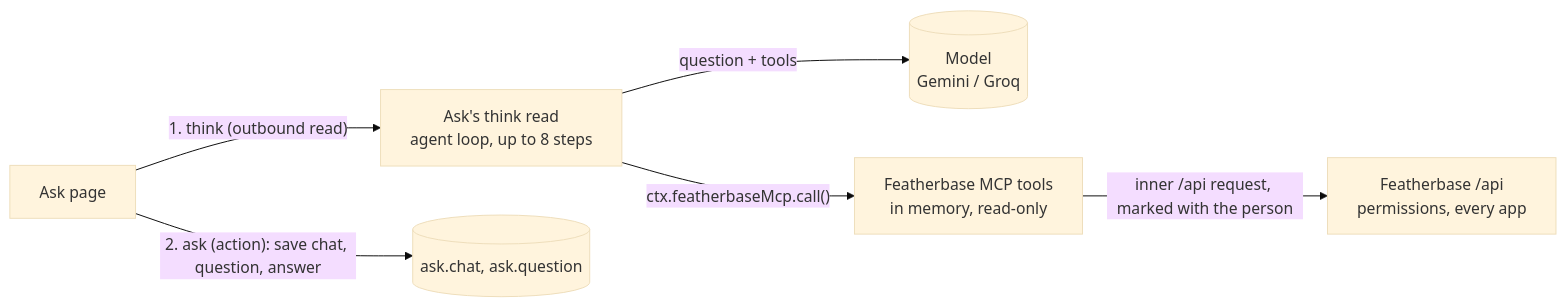
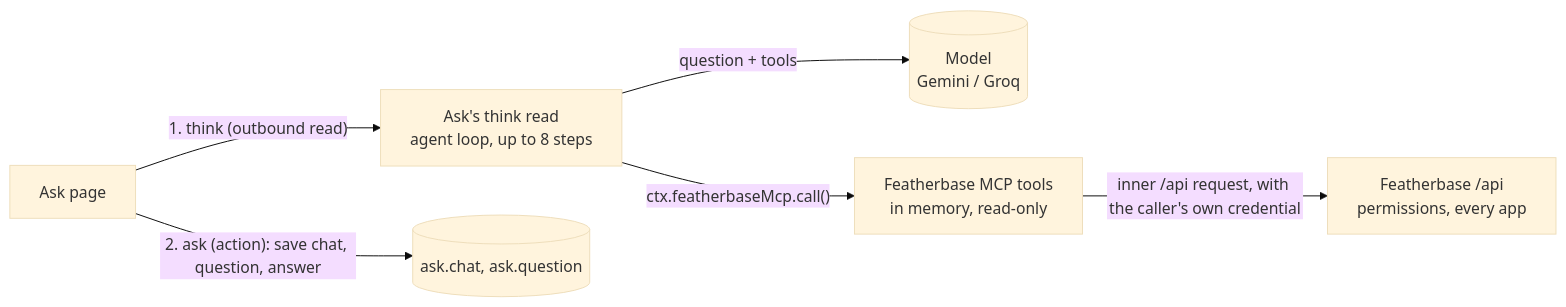
Before and after one commit to siraj-samsudeen/featherbase: the diagram in openspec/changes/feather-ask-agent/design.md, drawn with Mermaid (base theme). The commit also changed other lines of this file and 4 other files, not shown here.

First line of the commit message:
[#1377] OpenSpec feather-ask-agent: the caller's own credential (ADR 0028); View as left for later

````diff
--- a/openspec/changes/feather-ask-agent/design.md
+++ b/openspec/changes/feather-ask-agent/design.md
@@ -8,8 +8,8 @@
 ```mermaid
 flowchart LR
   page[Ask page] -- "1. think (outbound read)" --> think[Ask's think read<br/>agent loop, up to 8 steps]
   think -- question + tools --> model[(Model<br/>Gemini / Groq)]
   think -- "ctx.featherbaseMcp.call()" --> tools[Featherbase MCP tools<br/>in memory, read-only]
-  tools -- "inner /api request, marked with the person" --> api[Featherbase /api<br/>permissions, every app]
+  tools -- "inner /api request, with the caller's own credential" --> api[Featherbase /api<br/>permissions, every app]
   page -- "2. ask (action): save chat, question, answer" --> save[(ask.chat, ask.question)]
 ```
````
